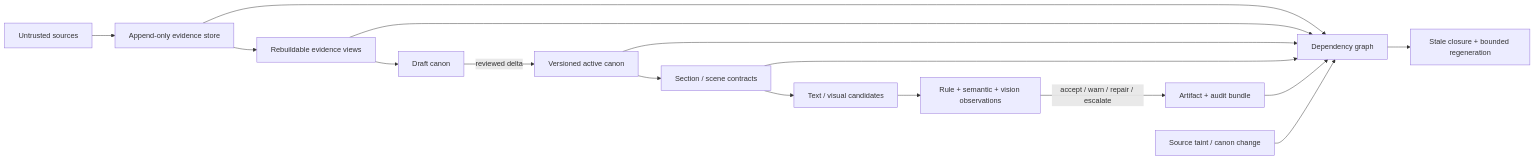
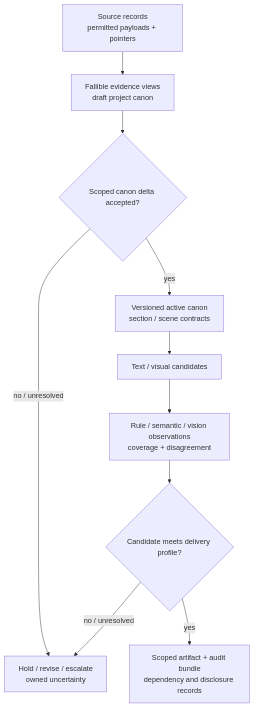
The third of 4 diagrams in chapters/artifact-graphs-audit-logs-and-replay.qmd (corbensorenson/asi-stack-book), drawn with Mermaid before and after one commit. The commit also changed other lines of this file and 345 other files, not shown here.

````diff
--- a/chapters/artifact-graphs-audit-logs-and-replay.qmd
+++ b/chapters/artifact-graphs-audit-logs-and-replay.qmd
@@ -514,18 +553,14 @@
 ```{mermaid}
-flowchart LR
-  S["Untrusted sources"] --> ES["Append-only evidence store"]
-  ES --> EV["Rebuildable evidence views"]
-  EV --> DC["Draft canon"]
-  DC -->|"reviewed delta"| AC["Versioned active canon"]
-  AC --> TC["Section / scene contracts"]
+flowchart TD
+  accTitle: Proposed source, canon, and media custody
+  accDescr: Captured source records produce fallible evidence views and a draft project canon. A named authority accepts a scoped canon delta before section or scene contracts guide candidate generation. Validator observations feed the candidate decision rather than establish truth. Rejected or uncertain work is repaired, held, or escalated; accepted scoped delivery retains its audit and dependency history. Source and canon changes trigger the dependency-impact review described above, not silent public regeneration.
+  S["Source records<br/>permitted payloads + pointers"] --> EV["Fallible evidence views<br/>draft project canon"]
+  EV --> C{"Scoped canon delta accepted?"}
+  C -- "no / unresolved" --> H["Hold / revise / escalate<br/>owned uncertainty"]
+  C -- "yes" --> TC["Versioned active canon<br/>section / scene contracts"]
   TC --> G["Text / visual candidates"]
-  G --> V["Rule + semantic + vision observations"]
-  V -->|"accept / warn / repair / escalate"| A["Artifact + audit bundle"]
-  ES --> DG["Dependency graph"]
-  EV --> DG
-  AC --> DG
-  TC --> DG
-  A --> DG
-  Q["Source taint / canon change"] --> DG
-  DG --> R["Stale closure + bounded regeneration"]
+  G --> V["Rule / semantic / vision observations<br/>coverage + disagreement"]
+  V --> D{"Candidate meets delivery profile?"}
+  D -- "no / unresolved" --> H
+  D -- "yes" --> A["Scoped artifact + audit bundle<br/>dependency and disclosure records"]
 ```
````
